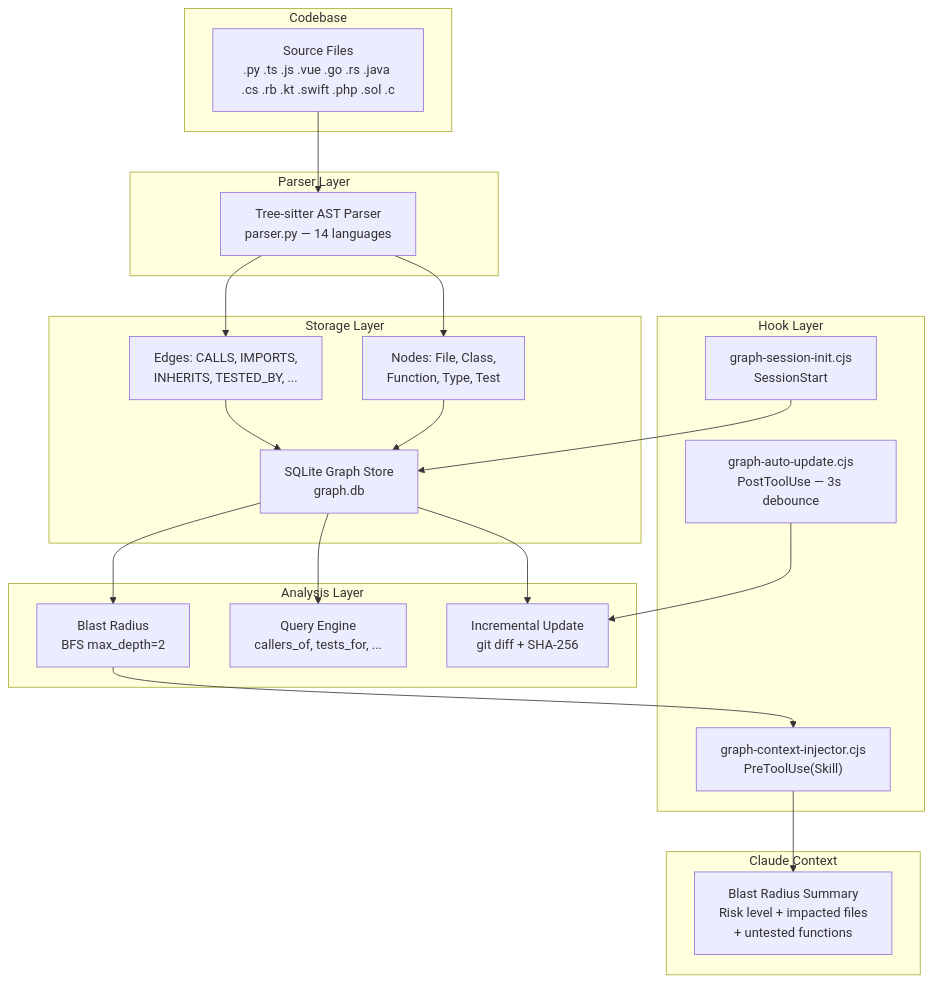
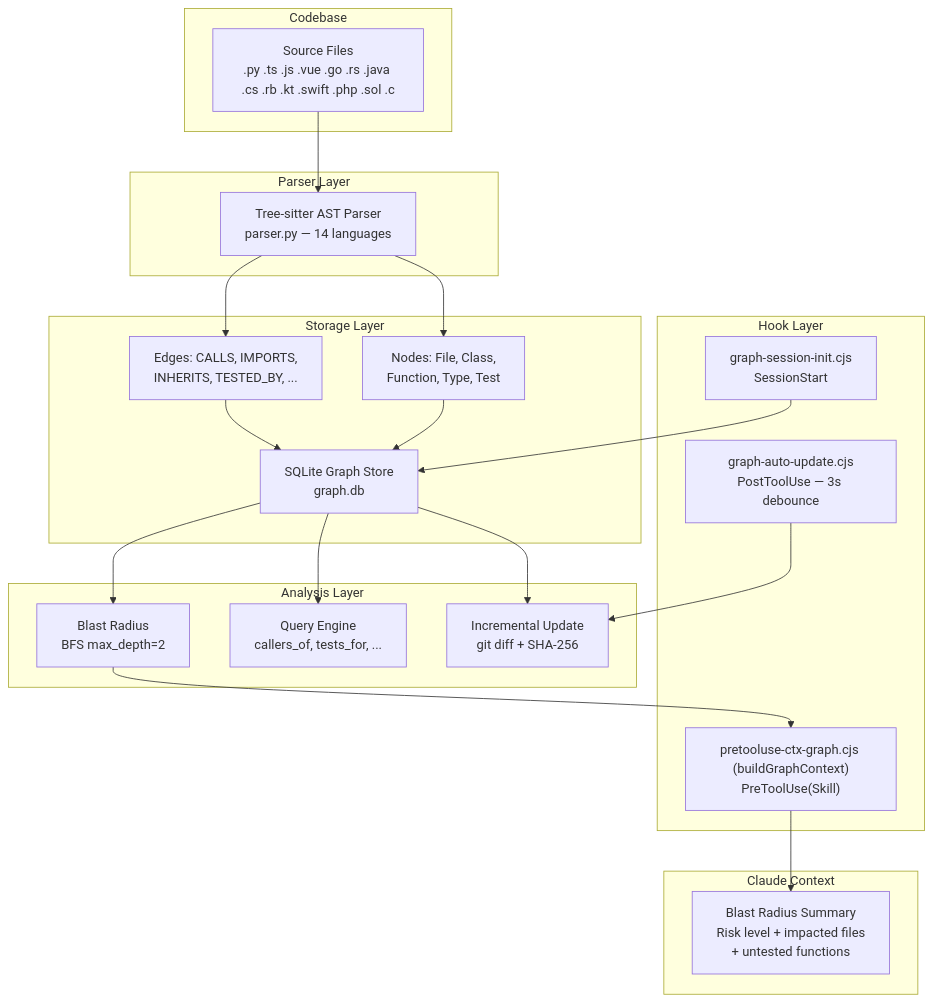
The first of 8 diagrams in .claude/docs/code-graph-mechanism.md (duc01226/easy-claude), drawn with Mermaid before and after one commit. The commit also changed other lines of this file and 382 other files, not shown here.

````diff
--- a/.claude/docs/code-graph-mechanism.md
+++ b/.claude/docs/code-graph-mechanism.md
@@ -69,41 +69,41 @@
 ```mermaid
 graph TB
     subgraph "Codebase"
         SRC["Source Files<br/>.py .ts .js .vue .go .rs .java .cs .rb .kt .swift .php .sol .c"]
     end
 
     subgraph "Parser Layer"
         TS["Tree-sitter AST Parser<br/>parser.py — 14 languages"]
     end
 
     subgraph "Storage Layer"
         DB["SQLite Graph Store<br/>graph.db"]
         N["Nodes: File, Class,<br/>Function, Type, Test"]
         E["Edges: CALLS, IMPORTS,<br/>INHERITS, TESTED_BY, ..."]
     end
 
     subgraph "Analysis Layer"
         BFS["Blast Radius<br/>BFS max_depth=2"]
         QRY["Query Engine<br/>callers_of, tests_for, ..."]
         INC["Incremental Update<br/>git diff + SHA-256"]
     end
 
     subgraph "Hook Layer"
         SI["graph-session-init.cjs<br/>SessionStart"]
         AU["graph-auto-update.cjs<br/>PostToolUse — 3s debounce"]
-        CI["graph-context-injector.cjs<br/>PreToolUse(Skill)"]
+        CI["pretooluse-ctx-graph.cjs (buildGraphContext)<br/>PreToolUse(Skill)"]
     end
 
     subgraph "Claude Context"
         CTX["Blast Radius Summary<br/>Risk level + impacted files<br/>+ untested functions"]
     end
 
     SRC --> TS
     TS --> N & E
     N & E --> DB
     DB --> BFS & QRY & INC
     BFS --> CI
     CI --> CTX
     AU --> INC
     SI --> DB
 ```
````
